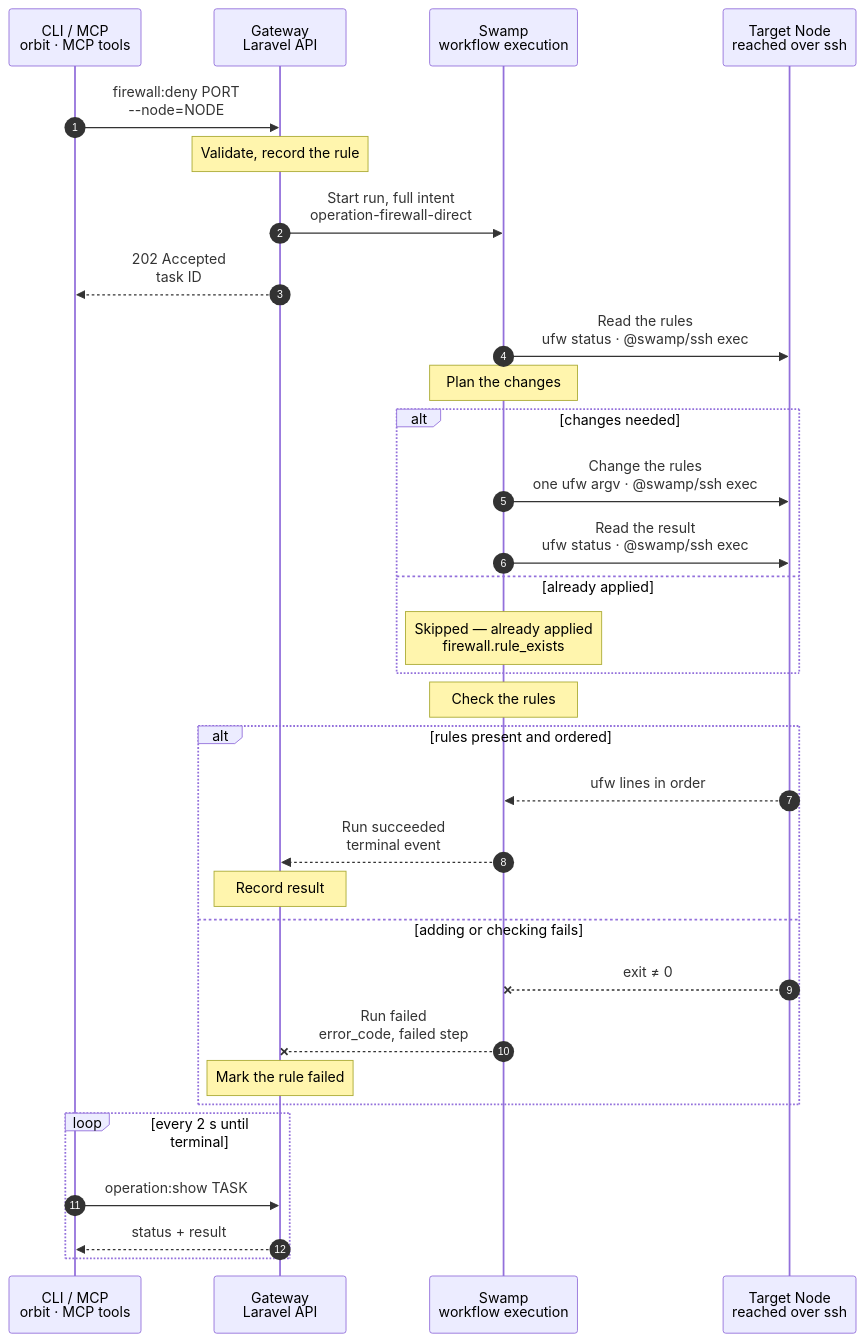
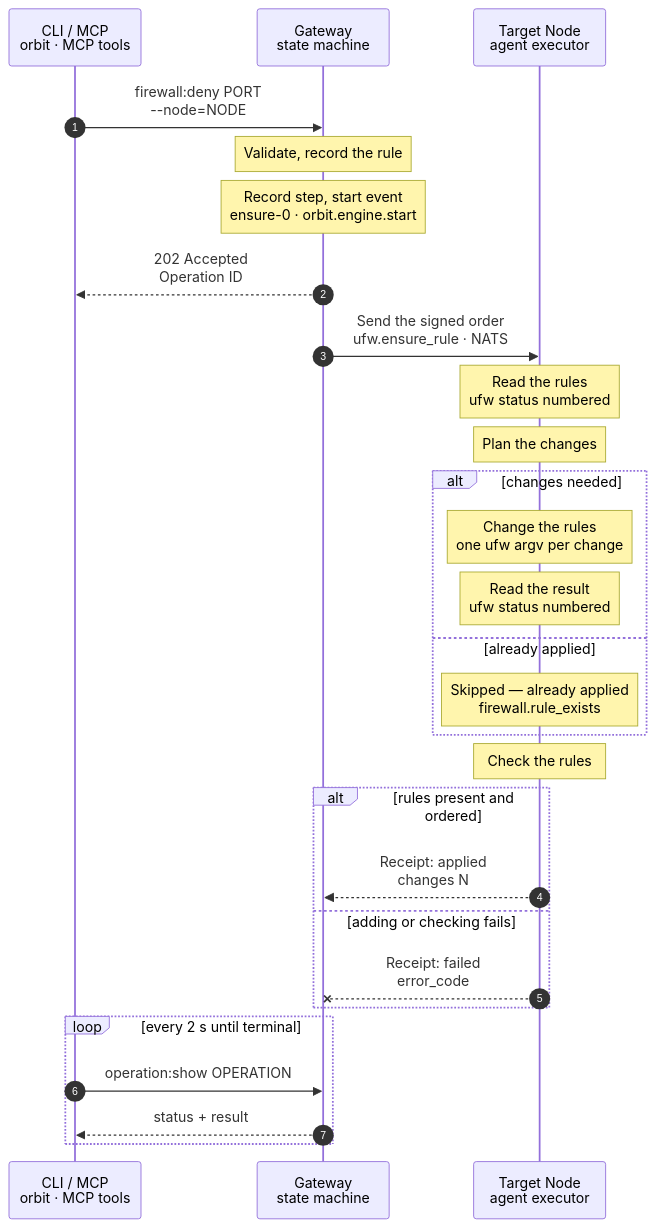
The diagram in docs/cli/firewall/deny.mmd (hardimpactdev/orbit), drawn with Mermaid before and after one commit. The commit also changed 8 other files, not shown here.

Commit message:
Docs: Gateway engine reference, executor bus, firewall charts on the engine; report a no-op remove as firewall.rule_absent

```diff
--- a/docs/cli/firewall/deny.mmd
+++ b/docs/cli/firewall/deny.mmd
@@ -1,128 +1,118 @@
 sequenceDiagram
-  %% Target design: ADR 0244 task, ADR 0241 allowlists, DECISIONS R1-R4 + 5 (process.stop shape, shared SSH identity).
-  %% Tightened: flow-tighten 2026-11-03, rule 22 (no script: one ufw argv per change over @swamp/ssh exec; a typed step plans positions, Lab #4334).
-  %% status: reviewed
+  %% Target design: ADR 0244 task, ADR 0241 allowlists, DECISIONS R1-R4 (rules, admission); ADR 0271 and docs/reference/gateway-engine.md (execution). Same shape as firewall.allow.
+  %% Engine flow: the kind runs on the Gateway state machine when ORBIT_ENGINE_KINDS lists it and the target Node's executor reported `ufw.ensure_rule`; otherwise it still runs the Swamp workflow operation-firewall-direct, which goes once every Node reports.
+  %% status: draft
   %% command: firewall:deny
   %% kind: firewall.deny
   autonumber
   %% lane CLI icon=terminal pill=caller tone=gray
-  %% lane GW icon=gateway pill=intent tone=blue
-  %% lane SW icon=workflow pill=executes tone=green
+  %% lane GW icon=gateway pill=executes tone=blue
   %% lane N icon=server pill=target tone=amber
   participant CLI as CLI / MCP<br/>orbit · MCP tools
-  participant GW as Gateway<br/>Laravel API
-  participant SW as Swamp<br/>workflow execution
-  participant N as Target Node<br/>reached over ssh
+  participant GW as Gateway<br/>state machine
+  participant N as Target Node<br/>agent executor
   CLI->>GW: firewall:deny PORT<br/>--node=NODE
   %%> Command:
   %%> - `orbit firewall:deny PORT --node=NODE`
   %%> - syntax: `<port> --node=ID [--from=SOURCE] [--protocol=tcp|udp] [--label=TEXT]`
   %%> Input:
   %%> - the destination port or port range
   %%> - the Node, and optionally the source address and the protocol
   %%> - optionally a label or short description
   %%> Not accepted:
   %%> - service names such as `smtp` as the port
   %%> Who can call it:
   %%> - the `orbit` CLI and the MCP tool send the same request
   Note over GW: Validate, record the rule
   %%> Requirements:
   %%> - the calling Node has an access grant to the target Node
   %%> - the target is an active Linux Node
   %%> - the port and source are valid
   %%> - the port or range includes no protected port, with any `--from`: SSH 22, the recovery SSH port, the WireGuard port or a port one of the target's roles needs (`firewall.protected_port`), so a deny can never cut the Node off
   %%> - no opposite rule for the same port, protocol and source; an allow and a deny for exactly the same scope is refused (`firewall.rule_conflict`)
   %%> - no other firewall change runs on the target; the Gateway holds one lock per Node
   %%> Allowed:
-  %%> - repeat an active or failed deny rule: reuse its record and check the Node in a new task
+  %%> - repeat an active or failed deny rule: reuse its record and check the Node in a new Operation
   %%> - overlapping rules with a different scope, such as a broad allow with a deny for one source
+  Note over GW: Record step, start event<br/>ensure-0 · orbit.engine.start
   %%> Result:
-  %%> - the new or reused rule is recorded with status provisioning
-  %%> - a task is recorded with the full intent
+  %%> - the new or reused rule is recorded with status provisioning, with the full intent and the engine step `ensure-0`
+  %%> - the start event goes to JetStream; the state machine takes it from there
   %%> - nothing has happened on the Node yet
-  GW->>SW: Start run, full intent<br/>operation-firewall-direct
+  GW-->>CLI: 202 Accepted<br/>Operation ID
+  %%> What you get:
+  %%> - the Operation ID, at once
+  %%> Next:
+  %%> - the CLI follows the Operation with `operation:show`
+  GW->>N: Send the signed order<br/>ufw.ensure_rule · NATS
   %%> What it does:
-  %%> - starts one Swamp run
+  %%> - signs one order for the target Node: operation `<id>:ensure-0`, target the Node itself, so its firewall changes run one at a time
+  %%> - publishes it to the Node's durable consumer on the ORDERS stream, over NATS on WireGuard
   %%> Inputs:
-  %%> - the rule as exact ufw lines: port, protocol, source, direction
-  %%> - the target's address and SSH host keys; the SSH identity comes from the `swamp` role
-  GW-->>CLI: 202 Accepted<br/>task ID
-  %%> What you get:
-  %%> - the task ID, at once
-  %%> Next:
-  %%> - the CLI follows the task with `operation:show`
-  SW->>N: Read the rules<br/>ufw status · @swamp/ssh exec
+  %%> - `action: deny`, `port`, `protocol`, `source`, `comment`, `ensure: present`, `retain`
+  %%> Deadline:
+  %%> - a JetStream schedule wakes the step after 10 s; with no receipt by then, a new order goes out; after 120 s the step fails with `engine.step_budget_exceeded`
+  %%> - an order older than its 8 s expiry is refused as `expired`, and the Gateway sends a new one
+  Note over N: Read the rules<br/>ufw status numbered
   %%> How:
-  %%> - a Swamp worker reaches the target over SSH with the official `@swamp/ssh` behavior
+  %%> - the executor checks the order's signature, then reads ufw's numbered rows
   %%> - refuses an inactive firewall (`firewall.backend_inactive`) before any change
-  Note over SW: Plan the changes
+  Note over N: Plan the changes
   %%> What it does:
   %%> - turns ufw's numbered rows into the ufw commands this rule needs, in order
   %%> - an insert position counts the rows as they will be after the earlier commands
   %%> - plans no changes when every expected line already exists in the correct position
   %%> Order:
   %%> - narrower rules go above broader ones, allow or deny, so an exception such as one IP wins over a rule for anywhere
   %%> - ufw stops at the first match, so Orbit sets this order on every change
   %%> - all operator rules sit above Orbit's own broad rules, such as WireGuard peer trust, so a deny on a port also applies to WireGuard peers
-  %%> Why typed, not cfgmgmt:
-  %%> - `@swamp/cfgmgmt/firewall` cannot insert at a position (Lab #4334) or name a port range
+  %%> How:
+  %%> - the typed primitive `ufw.ensure_rule` in the executor (crate `firewall`, a port of the former Swamp planner)
   alt changes needed
-    SW->>N: Change the rules<br/>one ufw argv · @swamp/ssh exec
+    Note over N: Change the rules<br/>one ufw argv per change
     %%> What it does:
     %%> - adds one ufw deny line per port, protocol and family, commented with its label
     %%> - inserts each line at the position the plan names; an existing identical, well-placed line is left as it is
     %%> - moves a line that sits in the wrong place: deletes it, then inserts it again
-    %%> - runs the planned commands one at a time; nothing is copied to the Node
-    SW->>N: Read the result<br/>ufw status · @swamp/ssh exec
+    %%> - runs the planned commands one at a time
+    Note over N: Read the result<br/>ufw status numbered
     %%> Why:
     %%> - the rule only counts as done when ufw shows it after the changes
   else already applied
-    Note over SW: Skipped — already applied<br/>firewall.rule_exists
+    Note over N: Skipped — already applied<br/>firewall.rule_exists
     %%> Result:
     %%> - the plan contains no changes
     %%> - there is no second read of ufw: the check runs on the first read, which nothing has changed since
   end
-  Note over SW: Check the rules
+  Note over N: Check the rules
   %%> What it does:
   %%> - checks every expected line is present, in narrow-first order
-  %%> - prints the public result; after changes, a line that ufw changed in between fails the check, and a rerun repairs it
-  %%> Why:
-  %%> - the rule only counts as active when ufw shows it
+  %%> - after changes, a line that ufw changed in between fails the check, and a rerun repairs it
   alt rules present and ordered
-    N-->>SW: ufw lines in order
-    %%> Returns:
-    %%> - the check passed for every line and its narrow-first order
-    SW-->>GW: Run succeeded<br/>terminal event
+    N-->>GW: Receipt: applied<br/>changes N
     %%> How the Gateway learns it:
-    %%> - its shared run reader sees the terminal event; Swamp never calls the Gateway
-    Note over GW: Record result
+    %%> - the receipt goes to the RECEIPTS stream; the order is acknowledged only after JetStream stored it
     %%> Result:
-    %%> - the rule becomes active
-    %%> - the task succeeds
-    %%> - if no changes were needed, reports `Skipped — already applied (firewall.rule_exists)`
-    %%> - the skip reason is part of the successful result in human and machine output, not an error
+    %%> - the rule becomes active and the Operation succeeds, through the kind's projection
+    %%> - `changes: 0` reports `Skipped — already applied (firewall.rule_exists)`, part of the successful result, not an error
   else adding or checking fails
-    N--xSW: exit ≠ 0
+    N--xGW: Receipt: failed<br/>error_code
     %%> When:
-    %%> - ufw refuses the line, SSH fails, or a line is missing after the add
-    SW--xGW: Run failed<br/>error_code, failed step
-    %%> The Gateway reads:
-    %%> - which step failed and its error code
-    Note over GW: Mark the rule failed
+    %%> - ufw refuses the line, or a line is missing after the add (`firewall.verify_failed`)
     %%> Result:
-    %%> - the rule is marked failed with the Operation's `error_code` and `failed_step`, so `firewall:list` shows the failure
-    %%> - the task fails
+    %%> - the rule is marked failed with the Operation's `error_code` and `failed_step: ensure-0`, so `firewall:list` shows the failure
+    %%> - the Operation fails
     %%> On the Node:
     %%> - lines added before the failure stay; there is no rollback
     %%> - that is safe: the rule is marked failed, and a rerun skips lines that already exist
     %%> Retry:
-    %%> - run the same command again after fixing the cause; it is a new task
+    %%> - run the same command again after fixing the cause; it is a new Operation
   end
   loop every 2 s until terminal
-    CLI->>GW: operation:show TASK
+    CLI->>GW: operation:show OPERATION
     %%> What it does:
-    %%> - asks for the task's status every 2 seconds until it has ended
+    %%> - asks for the Operation's status every 2 seconds until it has ended
     GW-->>CLI: status + result
     %%> Returns:
-    %%> - the current status, and the result once the task has ended
+    %%> - the current status, and the result once the Operation has ended
   end
```
